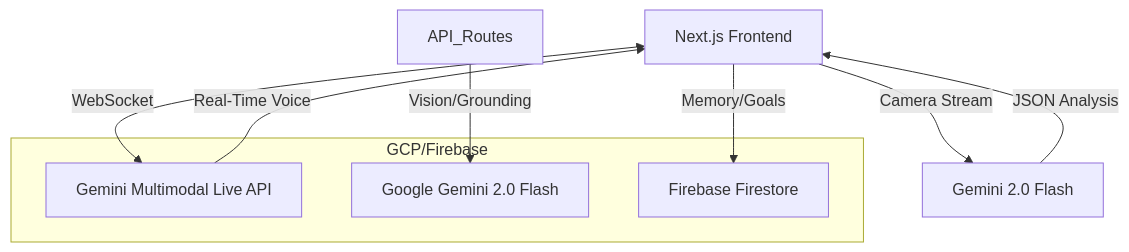
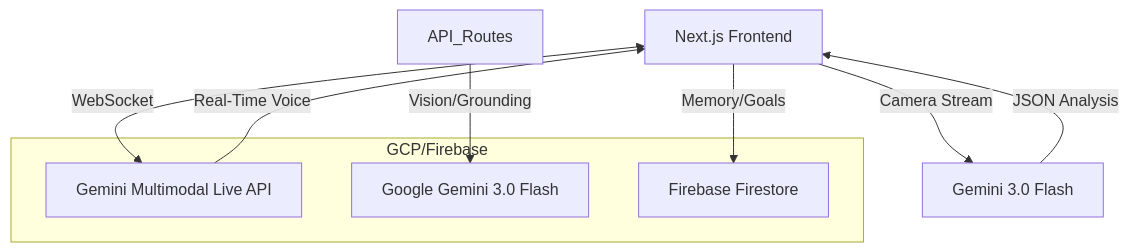
The diagram in README.md (lassestilvang/senti-lens), drawn with Mermaid before and after one commit. The commit also changed other lines of this file and 8 other files, not shown here.

Commit message:
feat: Upgrade Gemini model to 3.0 Flash and standardize the API key environment variable name.

````diff
--- a/README.md
+++ b/README.md
@@ -7,16 +7,16 @@
 ```mermaid
 graph TD
-    Client[Next.js Frontend] -->|Camera Stream| Vision_Service[Gemini 2.0 Flash]
+    Client[Next.js Frontend] -->|Camera Stream| Vision_Service[Gemini 3.0 Flash]
     Client <-->|WebSocket| Live_API[Gemini Multimodal Live API]
     Vision_Service -->|JSON Analysis| Client
     Live_API -->|Real-Time Voice| Client
     
-    API_Routes -->|Vision/Grounding| Gemini_Flash[Google Gemini 2.0 Flash]
+    API_Routes -->|Vision/Grounding| Gemini_Flash[Google Gemini 3.0 Flash]
     Client -->|Memory/Goals| Firestore[Firebase Firestore]
     
     subgraph GCP/Firebase
     Gemini_Flash
     Live_API
     Firestore
     end
 ```
````
